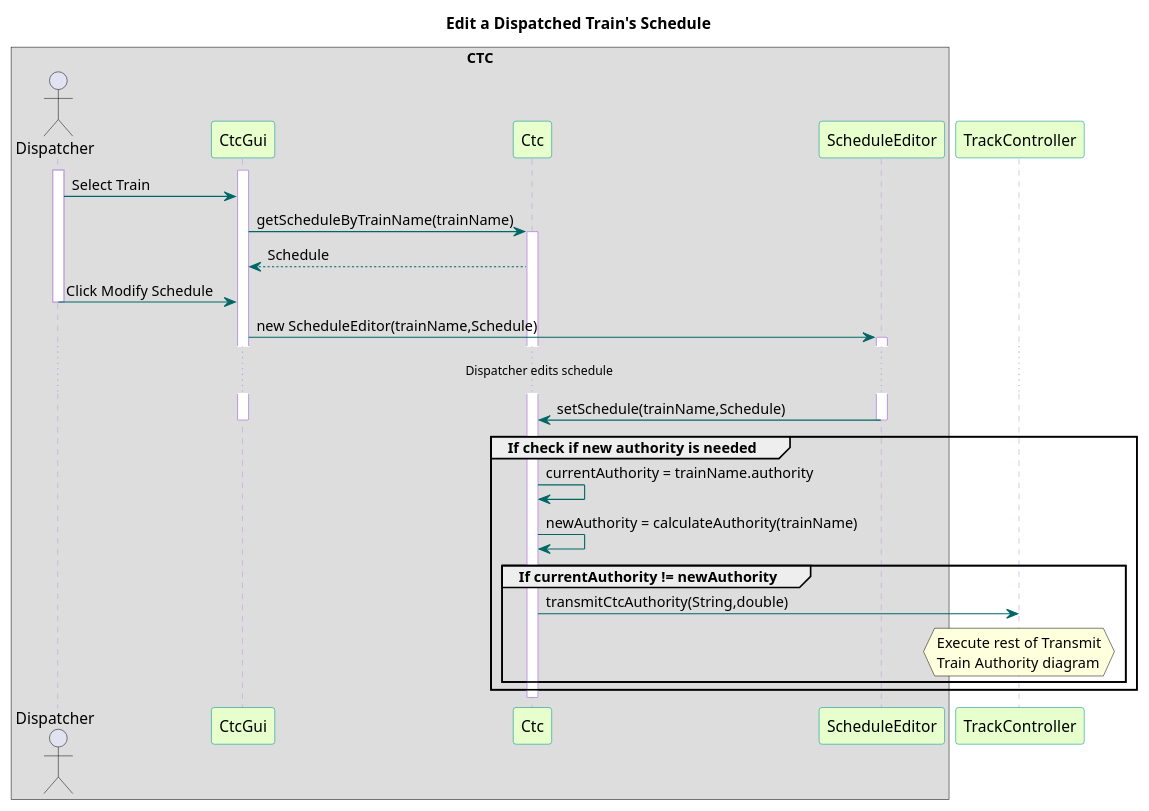
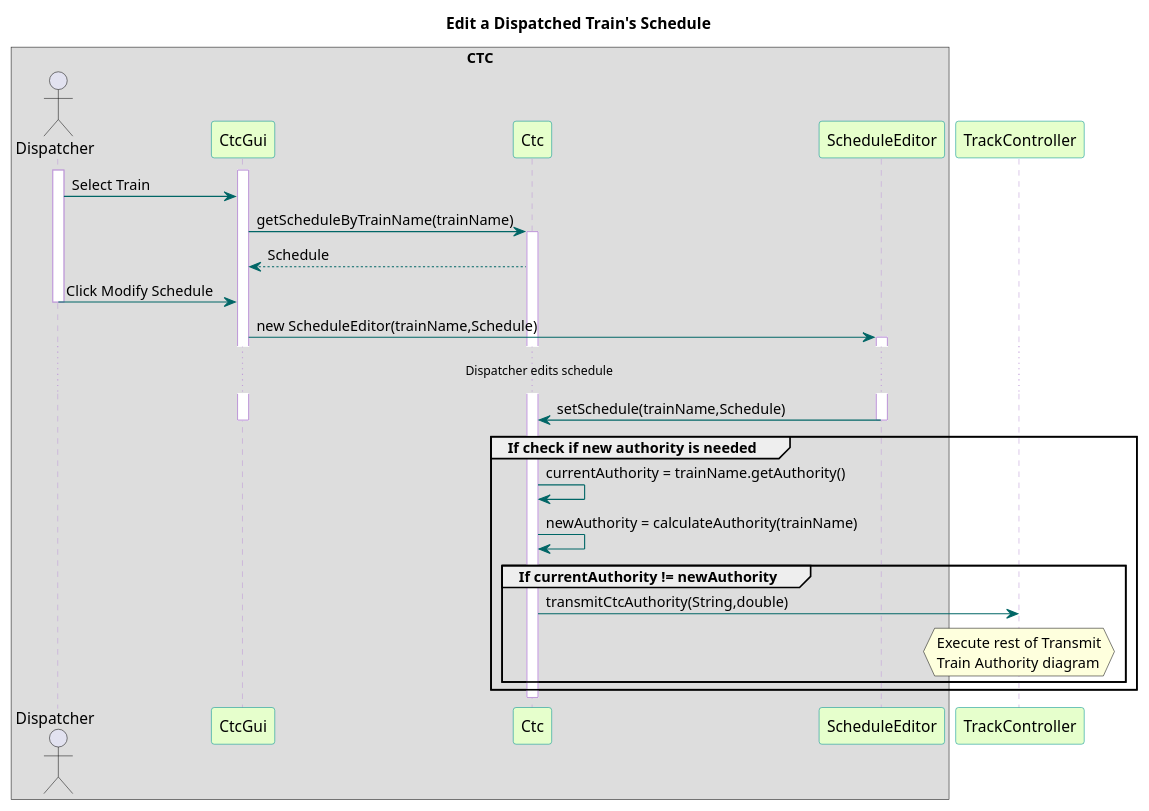
The diagram in TrainSystem/yUML/Sequence Diagrams/Ctc/CtcEditSchedule.pu (kevingilboy/COE1186), drawn with PlantUML before and after one commit.

Commit message:
Updated ctc uml

```diff
--- a/TrainSystem/yUML/Sequence Diagrams/Ctc/CtcEditSchedule.pu
+++ b/TrainSystem/yUML/Sequence Diagrams/Ctc/CtcEditSchedule.pu
@@ -1,45 +1,45 @@
 @startuml
 
 title Edit a Dispatched Train's Schedule
 
 skinparam sequence {
   BackgroundColor transparent
   ParticipantBackgroundColor #e6ffcc
   ParticipantBorderColor 	#049595
   PackageBorderCOlor  #049595
   ArrowColor #006666
   LifeLineBorderColor #c09cd9
 }
 
 box "CTC"
 actor Dispatcher
 participant CtcGui
 participant Ctc
 participant ScheduleEditor
 end box
 participant TrackController
 
 activate Dispatcher
 activate CtcGui
 Dispatcher -> CtcGui : Select Train
 CtcGui -> Ctc : getScheduleByTrainName(trainName)
 activate Ctc
 Ctc --> CtcGui : Schedule
 Dispatcher -> CtcGui : Click Modify Schedule
 deactivate Dispatcher
 CtcGui -> ScheduleEditor : new ScheduleEditor(trainName,Schedule)
 activate ScheduleEditor
 ...Dispatcher edits schedule...
 ScheduleEditor -> Ctc : setSchedule(trainName,Schedule)
 deactivate ScheduleEditor
 deactivate CtcGui
 group If check if new authority is needed
-Ctc -> Ctc : currentAuthority = trainName.authority
+Ctc -> Ctc : currentAuthority = trainName.getAuthority()
 Ctc -> Ctc : newAuthority = calculateAuthority(trainName)
   group If currentAuthority != newAuthority
   Ctc -> TrackController : transmitCtcAuthority(String,double)
   hnote over TrackController: Execute rest of Transmit\nTrain Authority diagram
   end
 end
 deactivate Ctc
 @enduml
```
